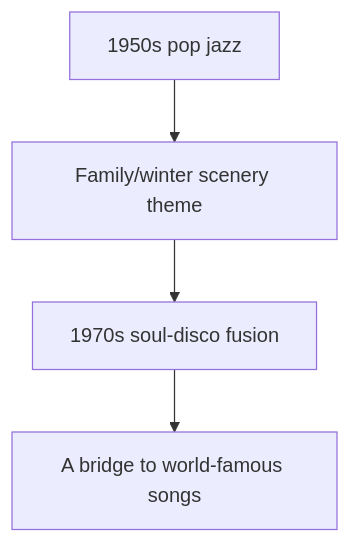
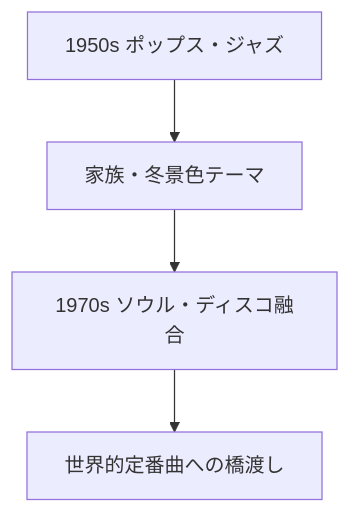
Before and after one commit to monumental-movement/monumental-movement.github.io: the second of 6 diagrams in en/_posts/2025-11-16-column-christmas-songs-history.md, drawn with Mermaid. The commit also changed other lines of this file and 775 other files, not shown here.

```diff
--- a/en/_posts/2025-11-16-column-christmas-songs-history.md
+++ b/en/_posts/2025-11-16-column-christmas-songs-history.md
@@ -95,8 +95,8 @@
 <div class="mermaid">
 
 graph TD
-A[1950s pop jazz] --> B[Family/winter scenery theme]
-B --> C[1970s soul-disco fusion]
-C --> D[A bridge to world-famous songs]
+A[1950s ポップス・ジャズ] --> B[家族・冬景色テーマ]
+B --> C[1970s ソウル・ディスコ融合]
+C --> D[世界的定番曲への橋渡し]
 
 </div>
```
